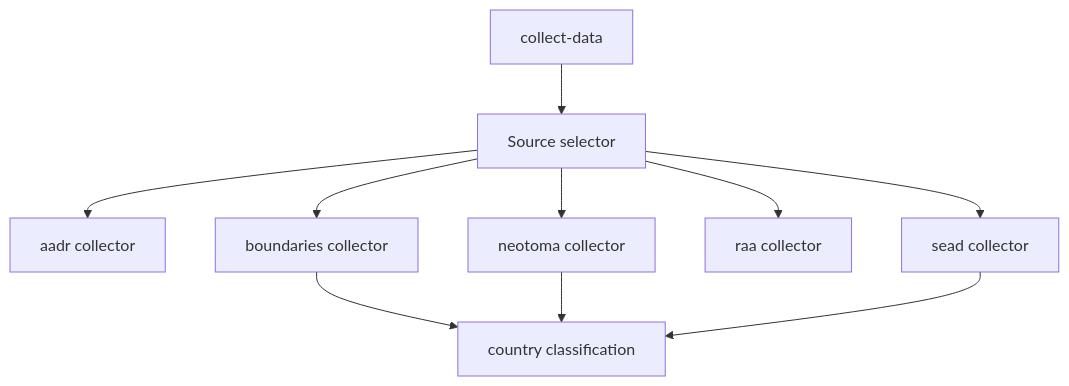
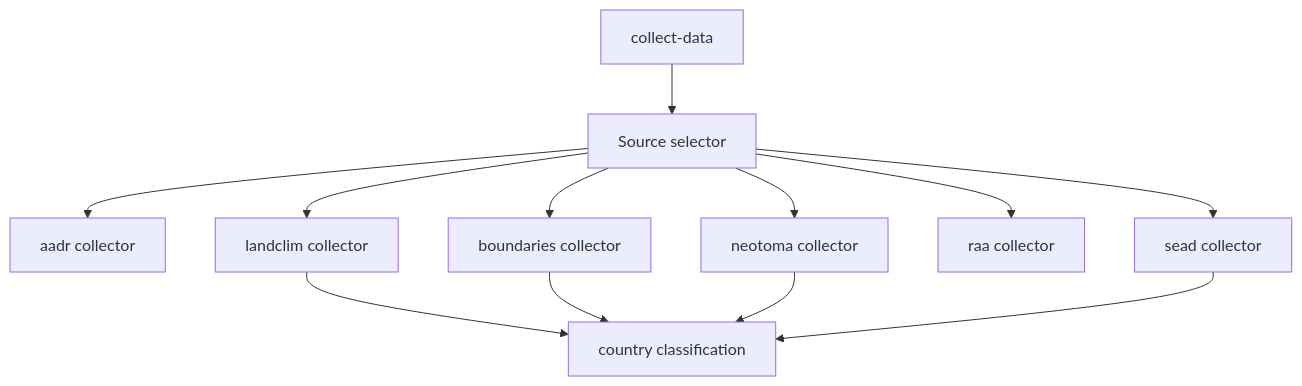
Before and after one commit to bijux/bijux-pollenomics: the diagram in docs/05-architecture/data-collection-flow.md, drawn with Mermaid. The commit also changed other lines of this file and 10 other files, not shown here.

````diff
--- a/docs/05-architecture/data-collection-flow.md
+++ b/docs/05-architecture/data-collection-flow.md
@@ -16,12 +16,14 @@
 ```mermaid
 flowchart TD
     CollectData[collect-data] --> Selector[Source selector]
     Selector --> AADR[aadr collector]
     Selector --> Boundaries[boundaries collector]
+    Selector --> LandClim[landclim collector]
     Selector --> Neotoma[neotoma collector]
     Selector --> RAA[raa collector]
     Selector --> SEAD[sead collector]
+    LandClim --> Classification
     Boundaries --> Classification[country classification]
     Neotoma --> Classification
     SEAD --> Classification
 ```
````
